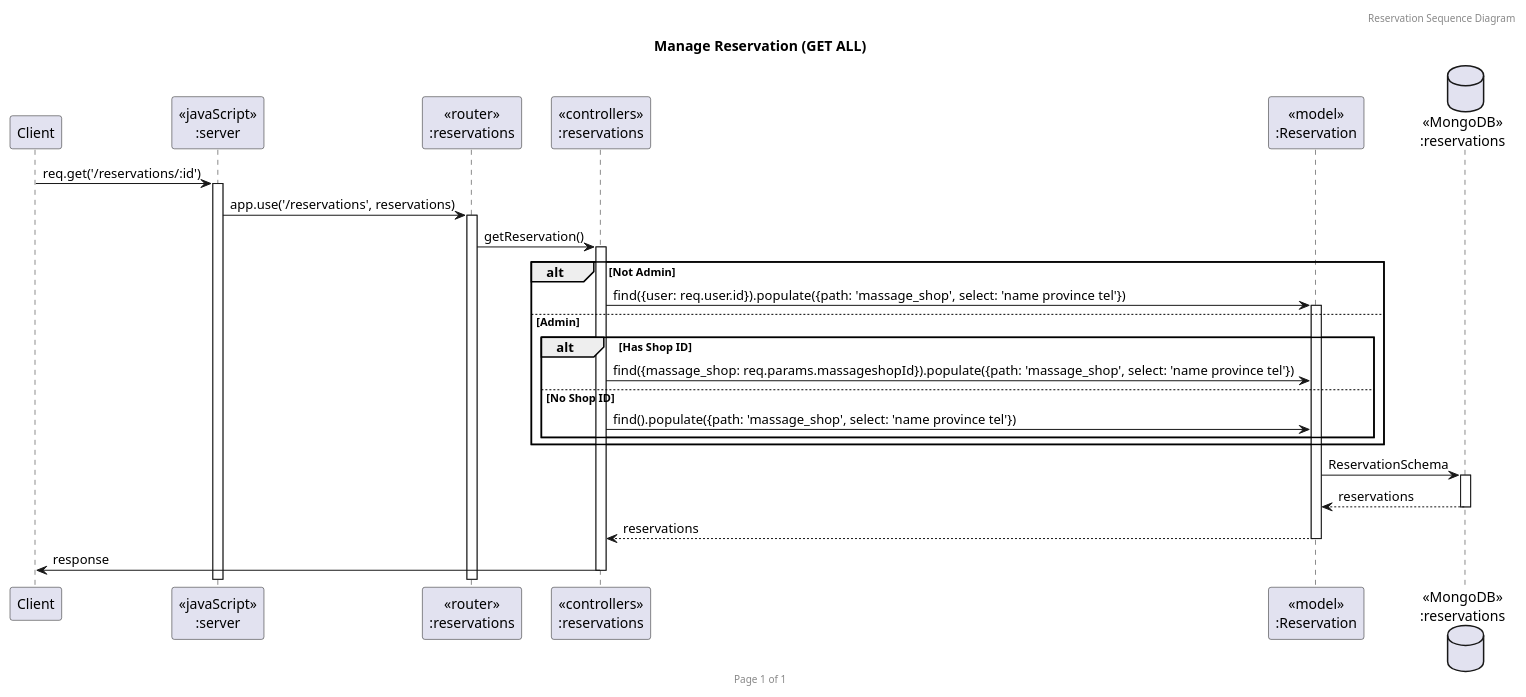
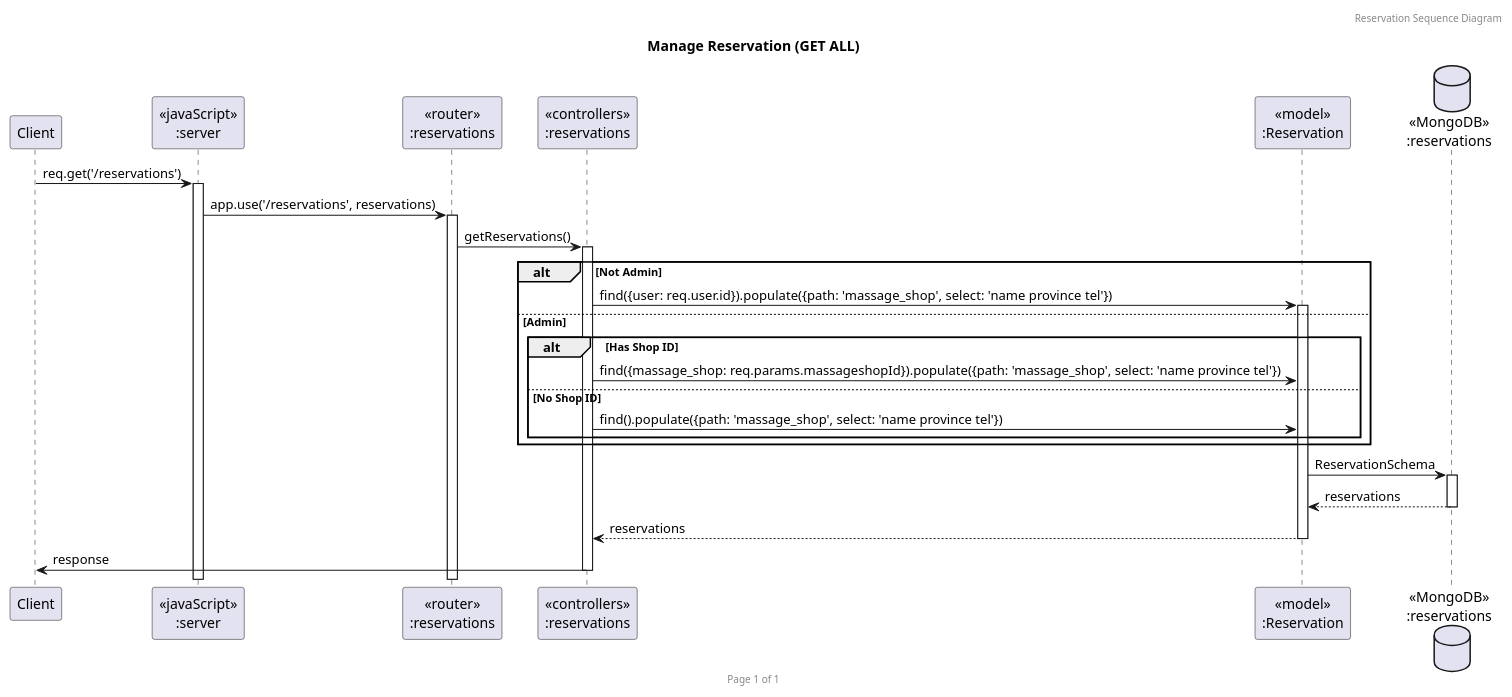
Before and after one commit to 2110503TACEDT66/presentation-day-1-organic-soi-ju: the diagram in GetAllRes.puml, drawn with PlantUML. The commit also changed 1 other file, not shown here.

Commit message:
Seq. Diagram fixes

```diff
--- a/GetAllRes.puml
+++ b/GetAllRes.puml
@@ -1,31 +1,31 @@
 @startuml Manage Reservation (GET ALL)
 
 header Reservation Sequence Diagram
 footer Page %page% of %lastpage%
 title "Manage Reservation (GET ALL)"
 
 participant "Client" as client
 participant "<<javaScript>>\n:server" as server
 participant "<<router>>\n:reservations" as routerReservations
 participant "<<controllers>>\n:reservations" as controllersReservations
 participant "<<model>>\n:Reservation" as modelReservation
 database "<<MongoDB>>\n:reservations" as ReservationsDatabase
 
-client->server ++:req.get('/reservations/:id')
+client->server ++:req.get('/reservations')
 server->routerReservations ++:app.use('/reservations', reservations)
-routerReservations -> controllersReservations ++:getReservation()
+routerReservations -> controllersReservations ++:getReservations()
 alt Not Admin
     controllersReservations->modelReservation ++:find({user: req.user.id}).populate({path: 'massage_shop', select: 'name province tel'})
 else Admin
     alt Has Shop ID
         controllersReservations->modelReservation: find({massage_shop: req.params.massageshopId}).populate({path: 'massage_shop', select: 'name province tel'})
     else No Shop ID
         controllersReservations->modelReservation: find().populate({path: 'massage_shop', select: 'name province tel'})
     end
 end
 modelReservation ->ReservationsDatabase ++: ReservationSchema
 ReservationsDatabase --> modelReservation --: reservations
 controllersReservations <-- modelReservation --:reservations
 controllersReservations->client --:response
 
 @enduml
```
